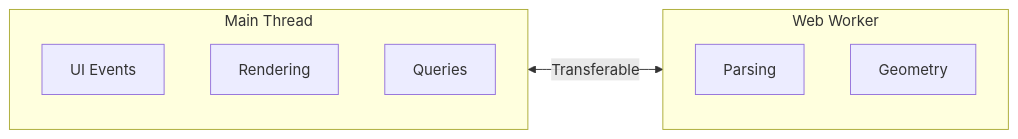
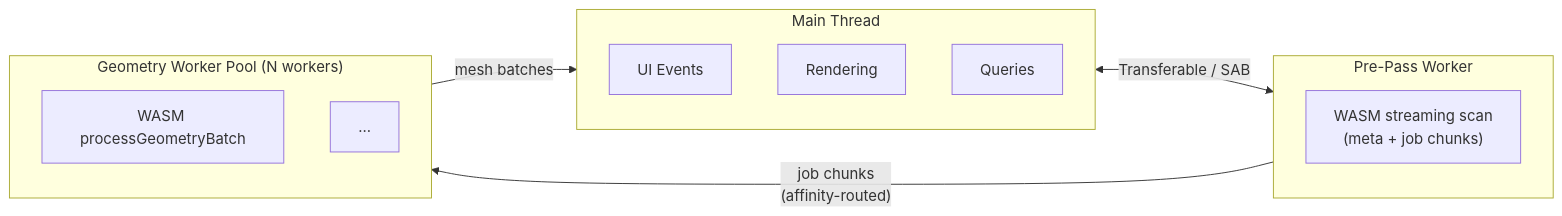
One commit to LTplus-AG/ifc-lite changed diagram 14 of 18 in docs/architecture/overview.md. Above: the diagram before and after it, drawn with Mermaid. The commit also changed other lines of this file and 78 other files, not shown here.

````diff
--- a/docs/architecture/overview.md
+++ b/docs/architecture/overview.md
@@ -504,15 +502,21 @@
 ```mermaid
 flowchart LR
     subgraph Main["Main Thread"]
         UI["UI Events"]
         Render["Rendering"]
         Query["Queries"]
     end
 
-    subgraph Worker["Web Worker"]
-        Parse["Parsing"]
-        Geo["Geometry"]
+    subgraph PreWorker["Pre-Pass Worker"]
+        Scan["WASM streaming scan<br/>(meta + job chunks)"]
     end
 
-    Main <-->|"Transferable"| Worker
+    subgraph Pool["Geometry Worker Pool (N workers)"]
+        W1["WASM processGeometryBatch"]
+        WN["..."]
+    end
+
+    Main <-->|"Transferable / SAB"| PreWorker
+    PreWorker -->|"job chunks<br/>(affinity-routed)"| Pool
+    Pool -->|"mesh batches"| Main
 ```
````
